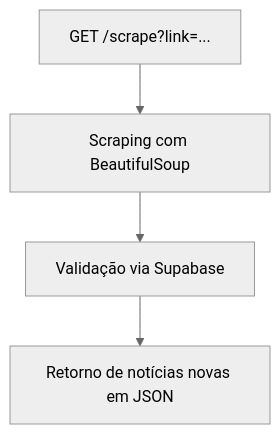
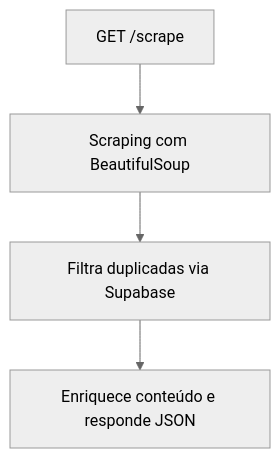
Before and after one commit to Wesleyslab/OneFootball-Scraper-API: the diagram in README.md, drawn with Mermaid (neutral theme). The commit also changed other lines of this file, not shown here.

````diff
--- a/README.md
+++ b/README.md
@@ -101,6 +107,6 @@
 ```mermaid
 flowchart TD
-    A[GET /scrape?link=...] --> B[Scraping com BeautifulSoup]
-    B --> C[Validação via Supabase]
-    C --> D[Retorno de notícias novas em JSON]
+    A[GET /scrape] --> B[Scraping com BeautifulSoup]
+    B --> C[Filtra duplicadas via Supabase]
+    C --> D[Enriquece conteúdo e responde JSON]
 ```
````
